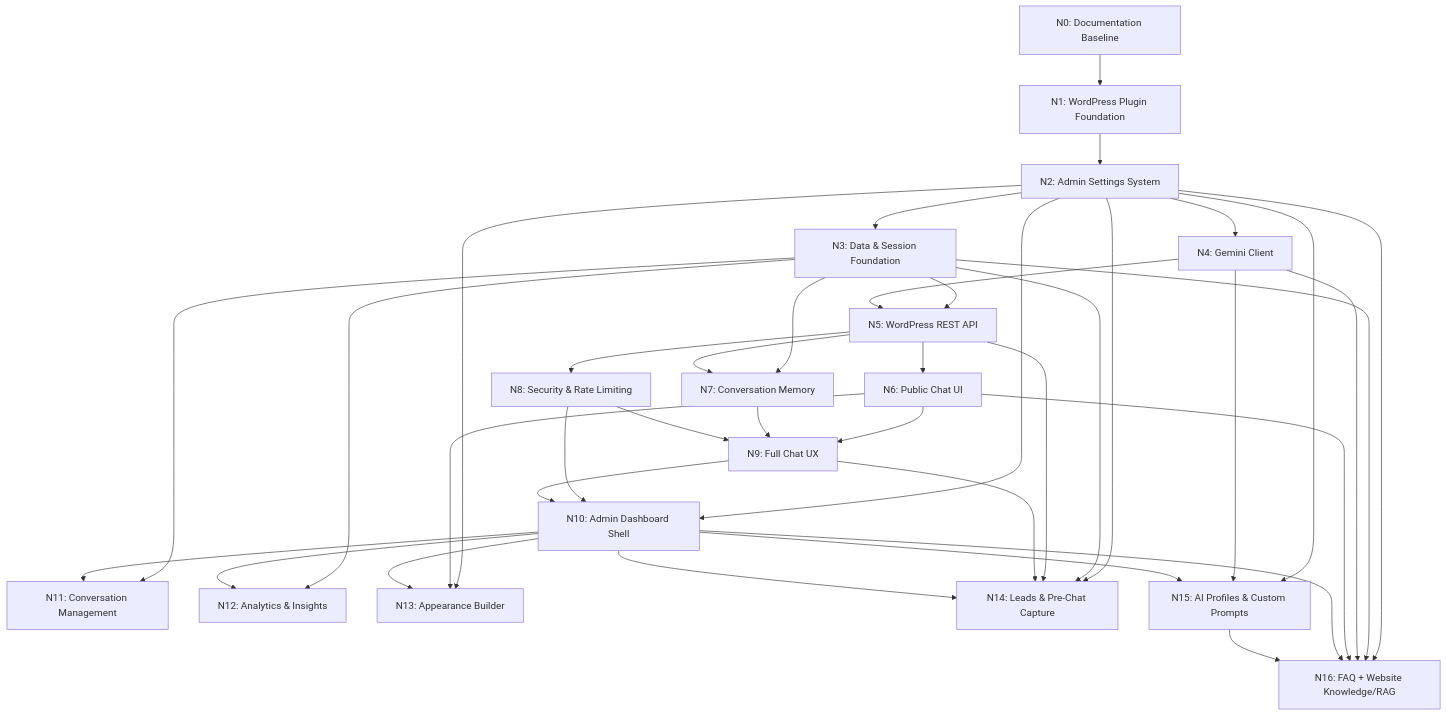
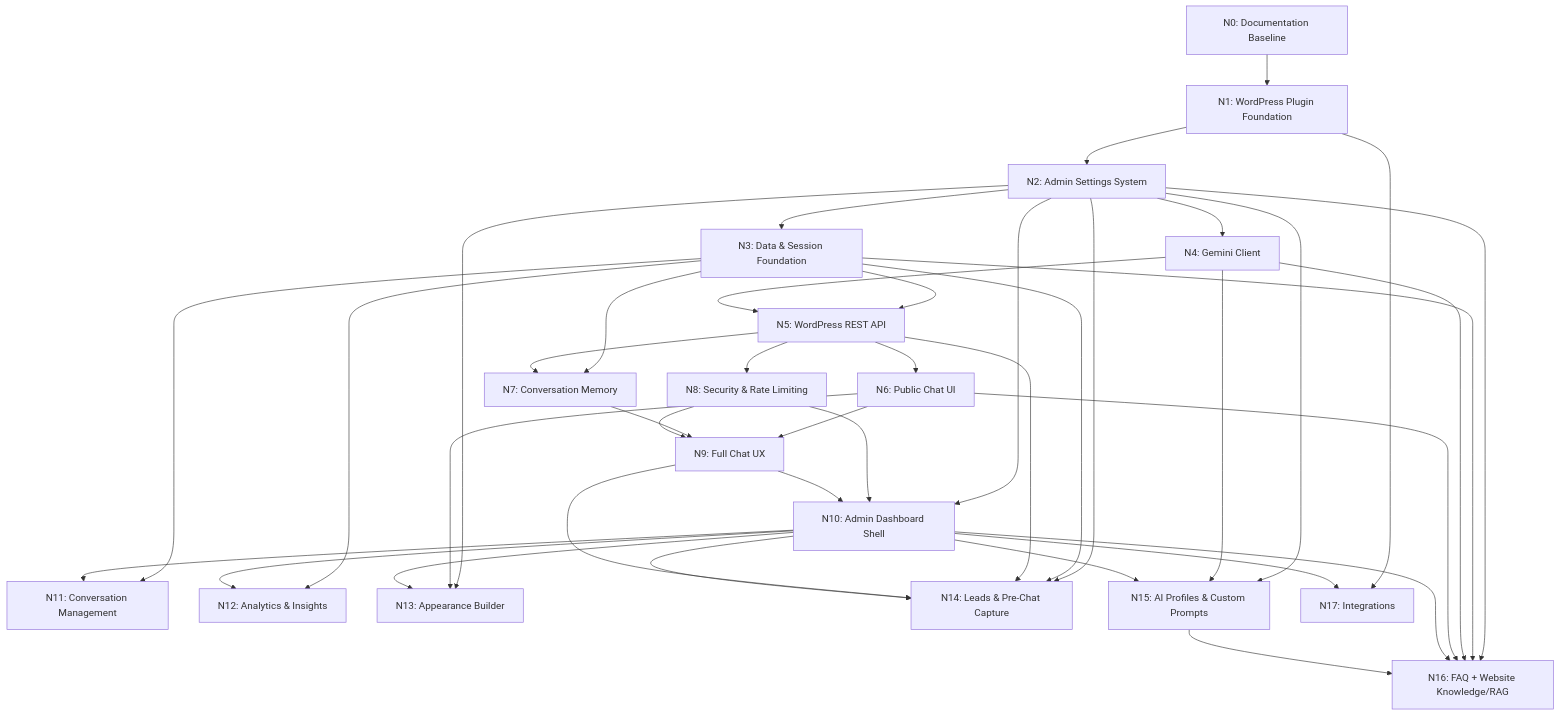
One commit to jattiphrswan/chatbot changed the diagram in ROADMAP.md. Above: the diagram before and after it, drawn with Mermaid. The commit also changed other lines of this file and 20 other files, not shown here.

````diff
--- a/ROADMAP.md
+++ b/ROADMAP.md
@@ -5,40 +5,42 @@
 ```mermaid
 flowchart TD
     N0[N0: Documentation Baseline] --> N1[N1: WordPress Plugin Foundation]
     N1 --> N2[N2: Admin Settings System]
     N2 --> N3[N3: Data & Session Foundation]
     N2 --> N4[N4: Gemini Client]
     N3 --> N5[N5: WordPress REST API]
     N4 --> N5
     N5 --> N6[N6: Public Chat UI]
     N3 --> N7[N7: Conversation Memory]
     N5 --> N7
     N5 --> N8[N8: Security & Rate Limiting]
     N6 --> N9[N9: Full Chat UX]
     N7 --> N9
     N8 --> N9
     N2 --> N10[N10: Admin Dashboard Shell]
     N8 --> N10
     N9 --> N10
     N3 --> N11[N11: Conversation Management]
     N10 --> N11
     N3 --> N12[N12: Analytics & Insights]
     N10 --> N12
     N2 --> N13[N13: Appearance Builder]
     N6 --> N13
     N10 --> N13
     N2 --> N14[N14: Leads & Pre-Chat Capture]
     N3 --> N14
     N5 --> N14
     N9 --> N14
     N10 --> N14
     N2 --> N15[N15: AI Profiles & Custom Prompts]
     N4 --> N15
     N10 --> N15
     N2 --> N16[N16: FAQ + Website Knowledge/RAG]
     N3 --> N16
     N4 --> N16
     N6 --> N16
     N10 --> N16
     N15 --> N16
+    N1 --> N17[N17: Integrations]
+    N10 --> N17
 ```
````
